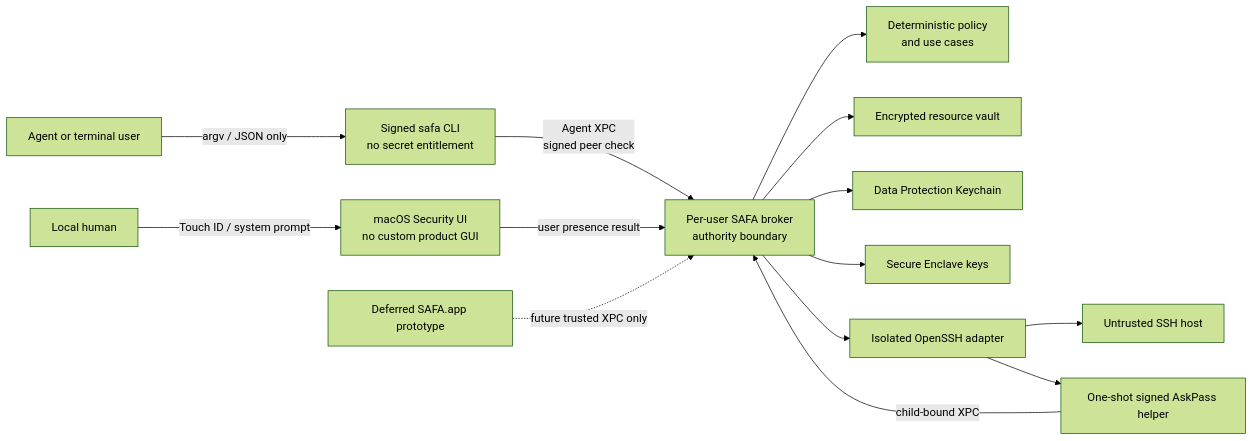
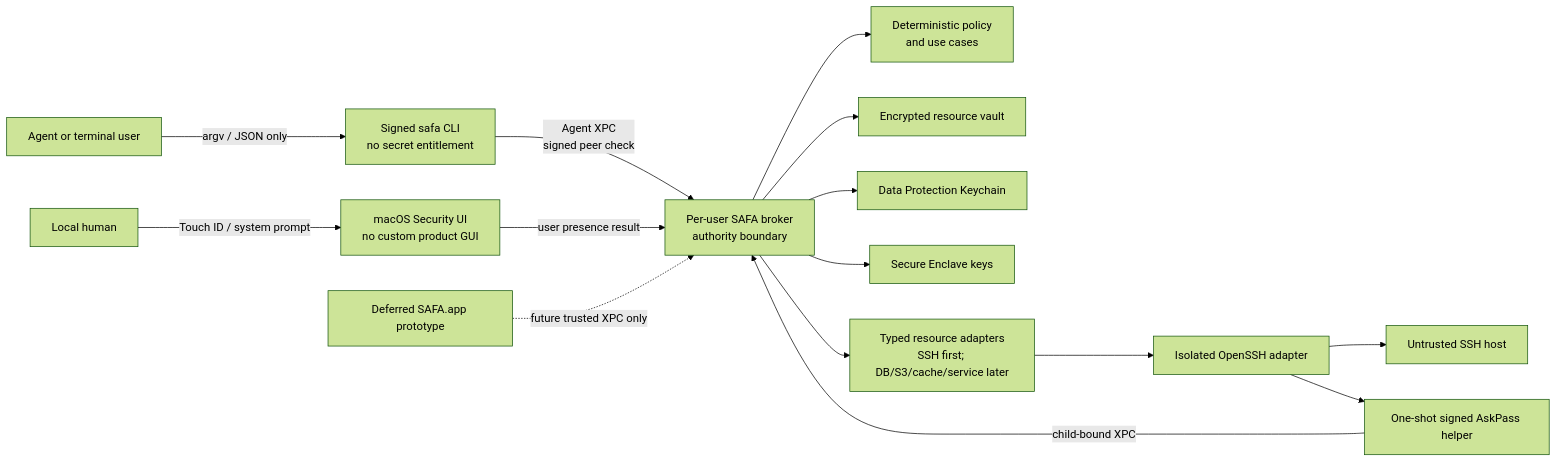
Before and after one commit to juju-w/safa-runtime: the diagram in ARCHITECTURE.md, drawn with Mermaid (forest theme). The commit also changed other lines of this file and 33 other files, not shown here.

````diff
--- a/ARCHITECTURE.md
+++ b/ARCHITECTURE.md
@@ -61,16 +67,17 @@
 ```mermaid
 flowchart LR
     Agent["Agent or terminal user"] -->|argv / JSON only| CLI["Signed safa CLI\nno secret entitlement"]
     CLI -->|Agent XPC\nsigned peer check| Broker["Per-user SAFA broker\nauthority boundary"]
     Human["Local human"] -->|Touch ID / system prompt| Native["macOS Security UI\nno custom product GUI"]
     Native -->|user presence result| Broker
     App["Deferred SAFA.app prototype"] -.->|future trusted XPC only| Broker
     Broker --> Policy["Deterministic policy\nand use cases"]
     Broker --> Vault["Encrypted resource vault"]
     Broker --> Keychain["Data Protection Keychain"]
     Broker --> Enclave["Secure Enclave keys"]
-    Broker --> SSH["Isolated OpenSSH adapter"]
+    Broker --> Adapters["Typed resource adapters\nSSH first; DB/S3/cache/service later"]
+    Adapters --> SSH["Isolated OpenSSH adapter"]
     SSH --> Remote["Untrusted SSH host"]
     SSH --> AskPass["One-shot signed AskPass helper"]
     AskPass -->|child-bound XPC| Broker
 ```
````
